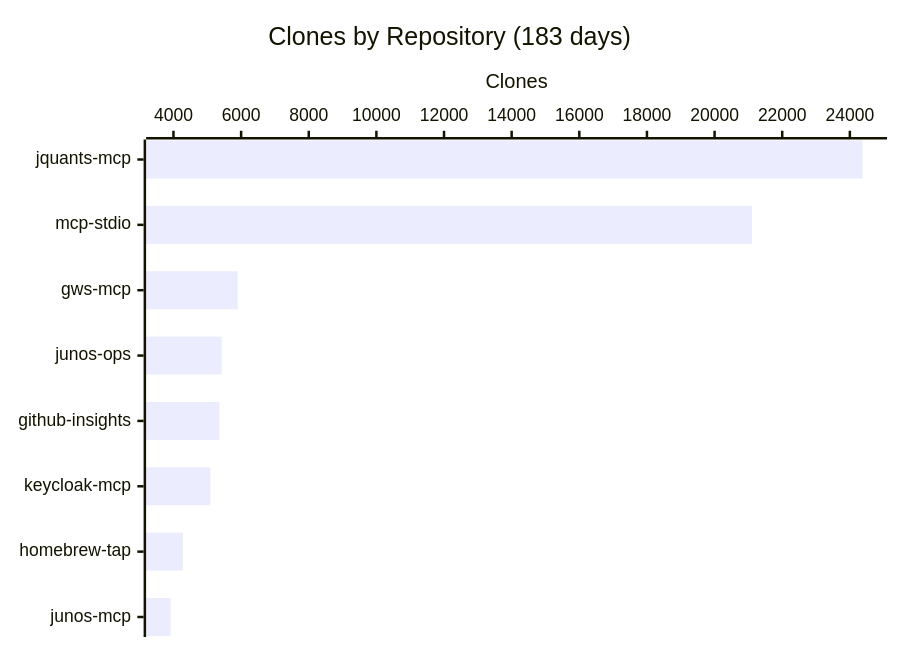
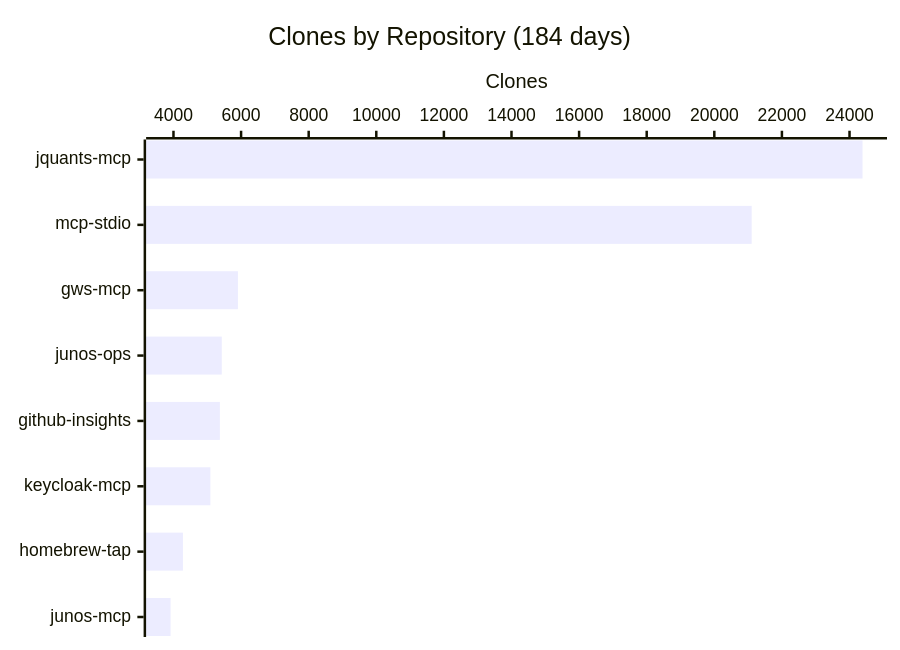
The fourth of 4 diagrams in README.md (shigechika/github-insights), drawn with Mermaid before and after one commit. The commit also changed other lines of this file and 2 other files, not shown here.

````diff
--- a/README.md
+++ b/README.md
@@ -58,7 +58,7 @@
 ```mermaid
 xychart-beta horizontal
-    title "Clones by Repository (183 days)"
+    title "Clones by Repository (184 days)"
     x-axis ["jquants-mcp", "mcp-stdio", "gws-mcp", "junos-ops", "github-insights", "keycloak-mcp", "homebrew-tap", "junos-mcp"]
     y-axis "Clones"
-    bar [24375, 21106, 5896, 5426, 5361, 5091, 4278, 3914]
+    bar [24385, 21106, 5906, 5429, 5372, 5091, 4279, 3914]
 ```
````
